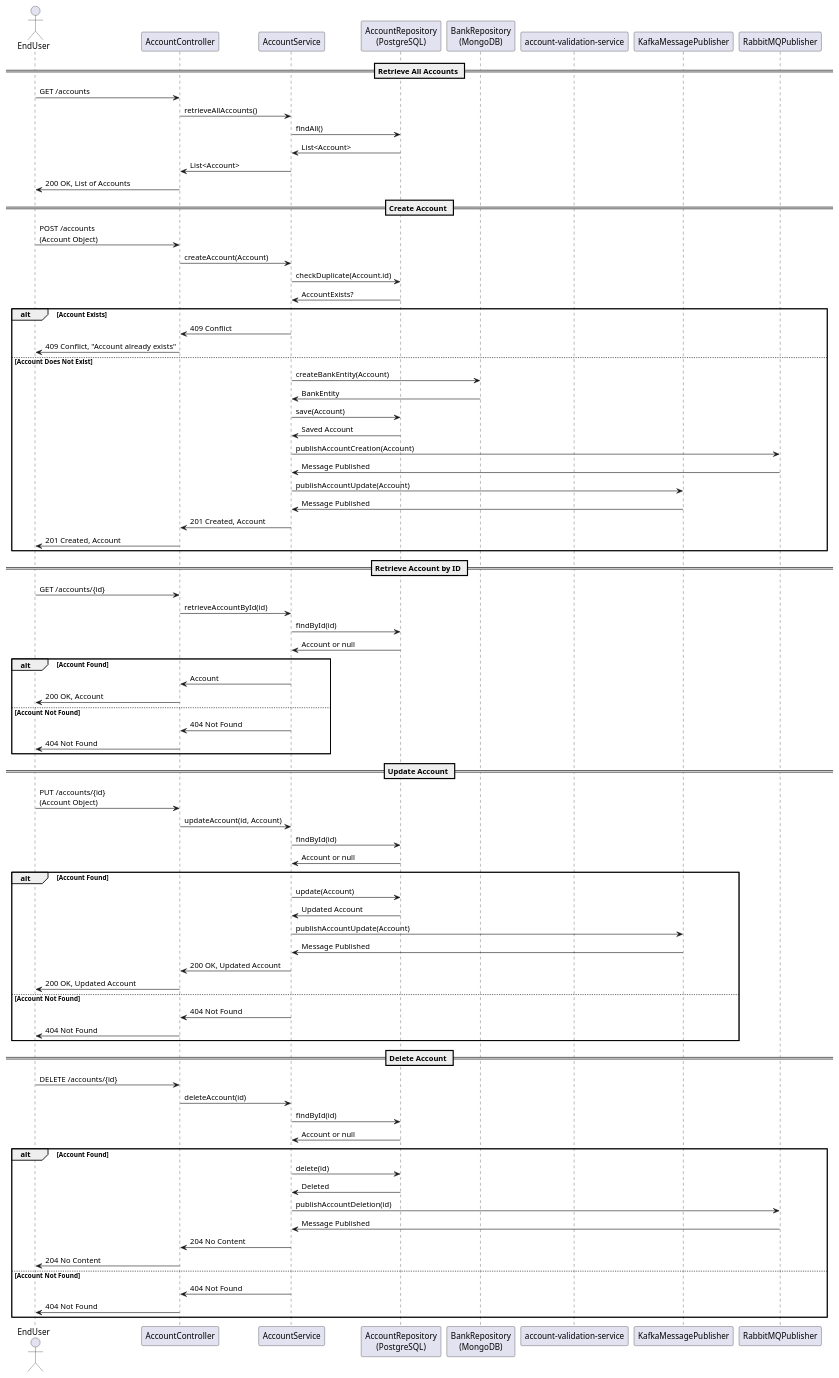
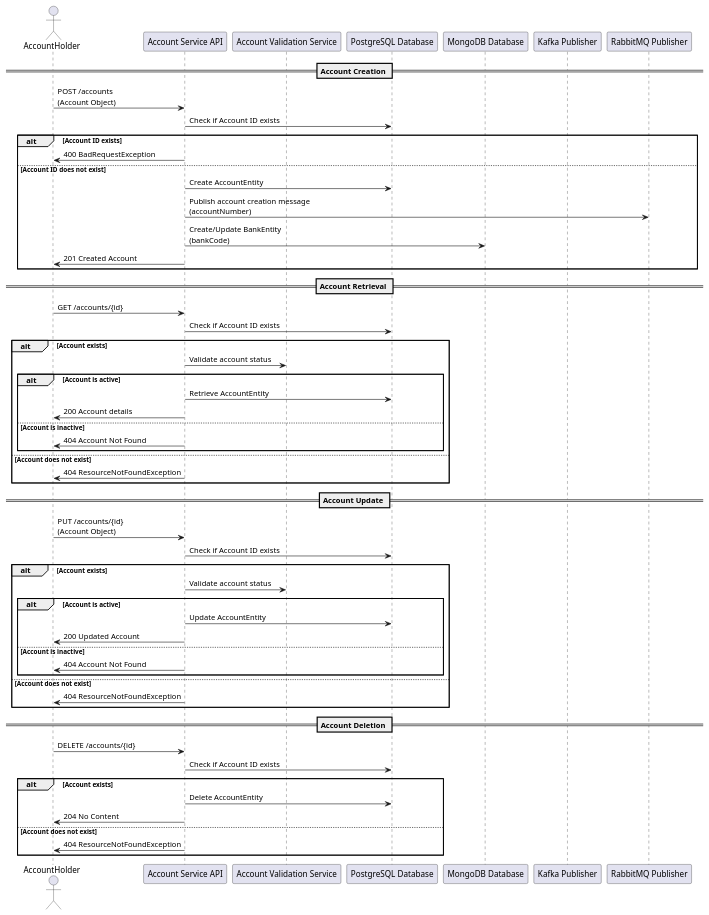
Before and after one commit to Bhaskar-Pavan/AccountService: the diagram in design_document/AccountService.md, drawn with PlantUML. The commit also changed other lines of this file, not shown here.

````diff
--- a/design_document/AccountService.md
+++ b/design_document/AccountService.md
@@ -40,89 +47,63 @@
 ```plantuml
 @startuml
+actor AccountHolder as AH
+participant "Account Service API" as API
+participant "Account Validation Service" as AVS
+participant "PostgreSQL Database" as DB
+participant "MongoDB Database" as MDB
+participant "Kafka Publisher" as Kafka
+participant "RabbitMQ Publisher" as RabbitMQ
 
-actor EndUser as User
-participant "AccountController" as Controller
-participant "AccountService" as Service
-participant "AccountRepository\n(PostgreSQL)" as AccountRepo
-participant "BankRepository\n(MongoDB)" as BankRepo
-participant "account-validation-service" as ExternalService
-participant "KafkaMessagePublisher" as KafkaPublisher
-participant "RabbitMQPublisher" as RabbitMQPublisher
-
-== Retrieve All Accounts ==
-User -> Controller : GET /accounts
-Controller -> Service : retrieveAllAccounts()
-Service -> AccountRepo : findAll()
-AccountRepo -> Service : List<Account>
-Service -> Controller : List<Account>
-Controller -> User : 200 OK, List of Accounts
-
-== Create Account ==
-User -> Controller : POST /accounts\n(Account Object)
-Controller -> Service : createAccount(Account)
-Service -> AccountRepo : checkDuplicate(Account.id)
-AccountRepo -> Service : AccountExists?
-alt Account Exists
-    Service -> Controller : 409 Conflict
-    Controller -> User : 409 Conflict, "Account already exists"
-else Account Does Not Exist
-    Service -> BankRepo : createBankEntity(Account)
-    BankRepo -> Service : BankEntity
-    Service -> AccountRepo : save(Account)
-    AccountRepo -> Service : Saved Account
-    Service -> RabbitMQPublisher : publishAccountCreation(Account)
-    RabbitMQPublisher -> Service : Message Published
-    Service -> KafkaPublisher : publishAccountUpdate(Account)
-    KafkaPublisher -> Service : Message Published
-    Service -> Controller : 201 Created, Account
-    Controller -> User : 201 Created, Account
+== Account Creation ==
+AH -> API : POST /accounts\n(Account Object)
+API -> DB : Check if Account ID exists
+alt Account ID exists
+    API -> AH : 400 BadRequestException
+else Account ID does not exist
+    API -> DB : Create AccountEntity
+    API -> RabbitMQ : Publish account creation message\n(accountNumber)
+    API -> MDB : Create/Update BankEntity\n(bankCode)
+    API -> AH : 201 Created Account
 end
 
-== Retrieve Account by ID ==
-User -> Controller : GET /accounts/{id}
-Controller -> Service : retrieveAccountById(id)
-Service -> AccountRepo : findById(id)
-AccountRepo -> Service : Account or null
-alt Account Found
-    Service -> Controller : Account
-    Controller -> User : 200 OK, Account
-else Account Not Found
-    Service -> Controller : 404 Not Found
-    Controller -> User : 404 Not Found
+== Account Retrieval ==
+AH -> API : GET /accounts/{id}
+API -> DB : Check if Account ID exists
+alt Account exists
+    API -> AVS : Validate account status
+    alt Account is active
+        API -> DB : Retrieve AccountEntity
+        API -> AH : 200 Account details
+    else Account is inactive
+        API -> AH : 404 Account Not Found
+    end
+else Account does not exist
+    API -> AH : 404 ResourceNotFoundException
 end
 
-== Update Account ==
-User -> Controller : PUT /accounts/{id}\n(Account Object)
-Controller -> Service : updateAccount(id, Account)
-Service -> AccountRepo : findById(id)
-AccountRepo -> Service : Account or null
-alt Account Found
-    Service -> AccountRepo : update(Account)
-    AccountRepo -> Service : Updated Account
-    Service -> KafkaPublisher : publishAccountUpdate(Account)
-    KafkaPublisher -> Service : Message Published
-    Service -> Controller : 200 OK, Updated Account
-    Controller -> User : 200 OK, Updated Account
-else Account Not Found
-    Service -> Controller : 404 Not Found
-    Controller -> User : 404 Not Found
+== Account Update ==
+AH -> API : PUT /accounts/{id}\n(Account Object)
+API -> DB : Check if Account ID exists
+alt Account exists
+    API -> AVS : Validate account status
+    alt Account is active
+        API -> DB : Update AccountEntity
+        API -> AH : 200 Updated Account
+    else Account is inactive
+        API -> AH : 404 Account Not Found
+    end
+else Account does not exist
+    API -> AH : 404 ResourceNotFoundException
 end
 
-== Delete Account ==
-User -> Controller : DELETE /accounts/{id}
-Controller -> Service : deleteAccount(id)
-Service -> AccountRepo : findById(id)
-AccountRepo -> Service : Account or null
-alt Account Found
-    Service -> AccountRepo : delete(id)
-    AccountRepo -> Service : Deleted
-    Service -> RabbitMQPublisher : publishAccountDeletion(id)
-    RabbitMQPublisher -> Service : Message Published
-    Service -> Controller : 204 No Content
-    Controller -> User : 204 No Content
-else Account Not Found
-    Service -> Controller : 404 Not Found
-    Controller -> User : 404 Not Found
+== Account Deletion ==
+AH -> API : DELETE /accounts/{id}
+API -> DB : Check if Account ID exists
+alt Account exists
+    API -> DB : Delete AccountEntity
+    API -> AH : 204 No Content
+else Account does not exist
+    API -> AH : 404 ResourceNotFoundException
 end
 
 @enduml
````
